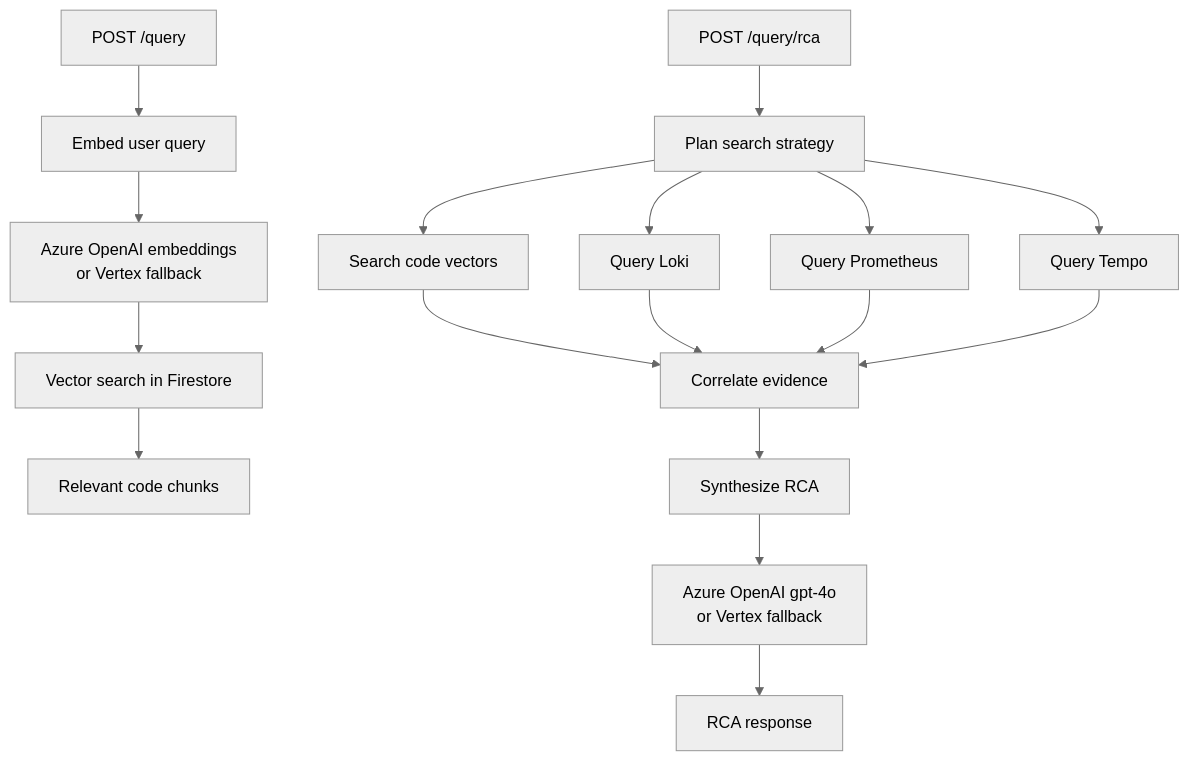
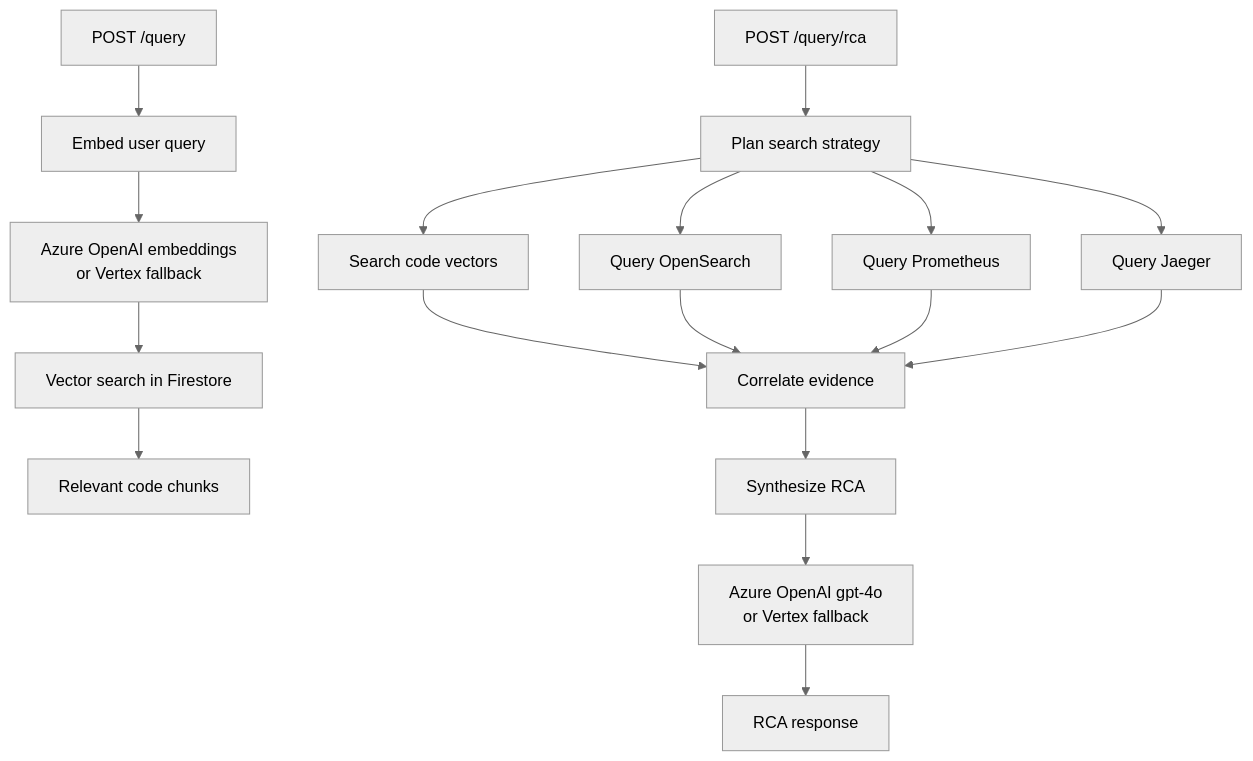
One commit to kheuchi/agentic-rca-platform-app changed the third of 3 diagrams in docs/ARCHITECTURE.md. Above: the diagram before and after it, drawn with Mermaid (neutral theme). The commit also changed other lines of this file and 21 other files, not shown here.

````diff
--- a/docs/ARCHITECTURE.md
+++ b/docs/ARCHITECTURE.md
@@ -76,23 +76,23 @@
 ```mermaid
 flowchart TD
     query[POST /query]
     rca[POST /query/rca]
 
     query --> q_embed[Embed user query]
     q_embed --> q_model[Azure OpenAI embeddings\nor Vertex fallback]
     q_model --> q_search[Vector search in Firestore]
     q_search --> q_resp[Relevant code chunks]
 
     rca --> plan[Plan search strategy]
     plan --> code[Search code vectors]
-    plan --> logs[Query Loki]
+    plan --> logs[Query OpenSearch]
     plan --> metrics[Query Prometheus]
-    plan --> traces[Query Tempo]
+    plan --> traces[Query Jaeger]
     code --> correlate[Correlate evidence]
     logs --> correlate
     metrics --> correlate
     traces --> correlate
     correlate --> synth[Synthesize RCA]
     synth --> llm[Azure OpenAI gpt-4o\nor Vertex fallback]
     llm --> rca_resp[RCA response]
 ```
````
